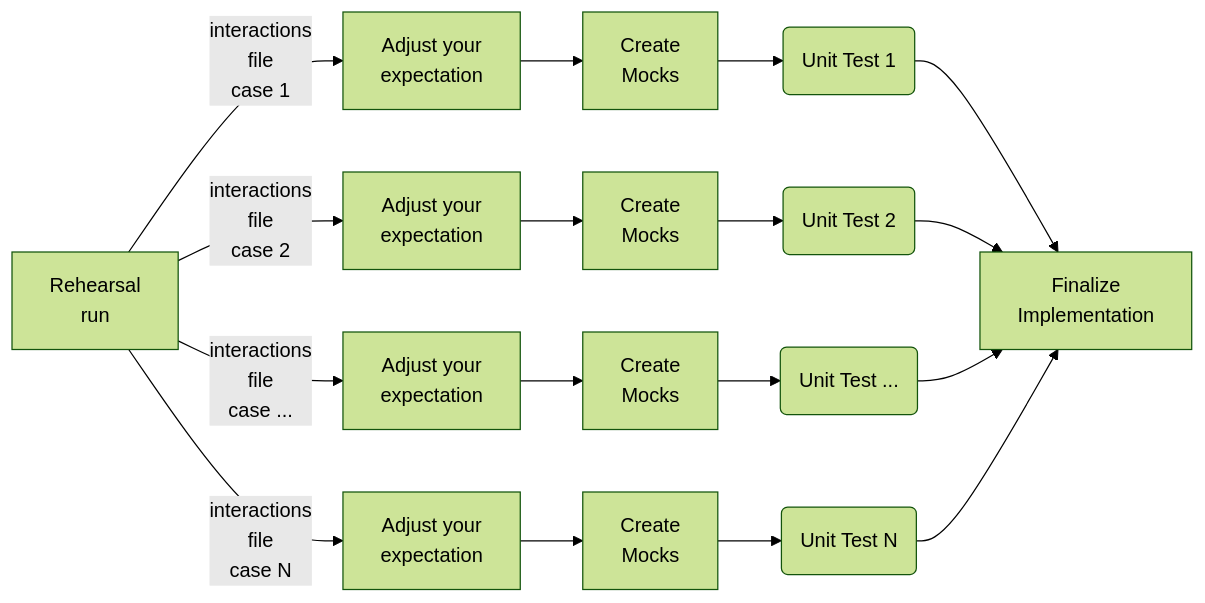
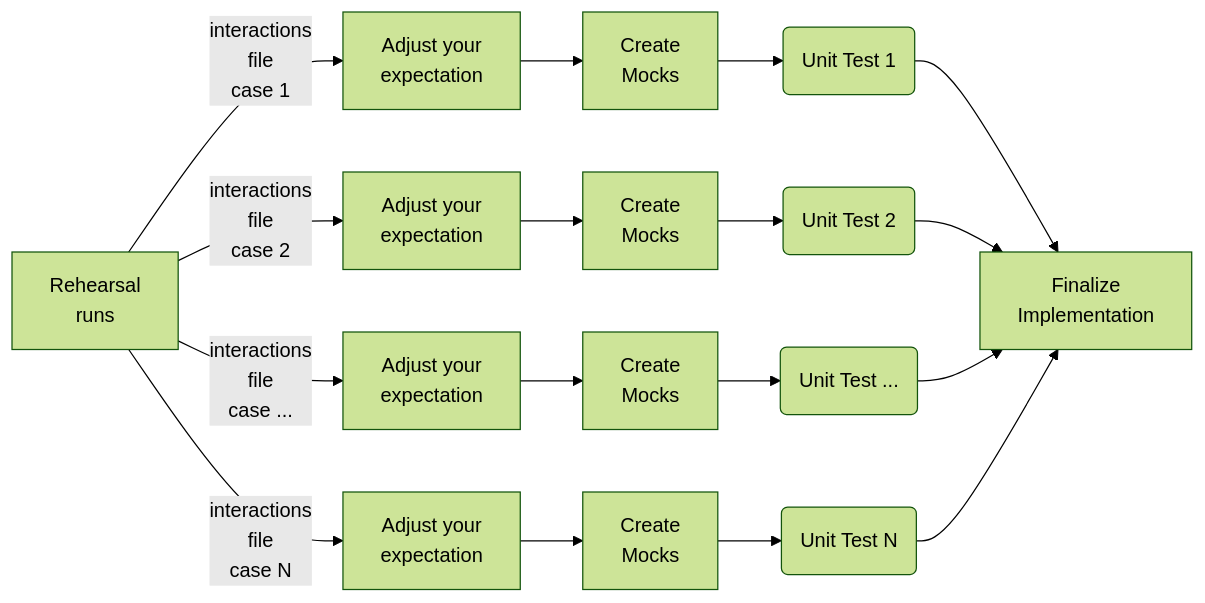
One commit to kevinchwong/rehearser-examples changed the first of 2 diagrams in README.md. Above: the diagram before and after it, drawn with Mermaid (forest theme). The commit also changed other lines of this file, not shown here.

````diff
--- a/README.md
+++ b/README.md
@@ -5,8 +7,8 @@
 ```mermaid
 graph LR
 
-R["Rehearsal<br>run"]--"interactions<br>file<br>case 1"-->A1["Adjust your<br>expectation"]-->C1["Create<br>Mocks"]-->U1("Unit Test 1")-->F["Finalize<br>Implementation"]
-R["Rehearsal<br>run"]--"interactions<br>file<br>case 2"-->A2["Adjust your<br>expectation"]-->C2["Create<br>Mocks"]-->U2("Unit Test 2")-->F["Finalize<br>Implementation"]
-R["Rehearsal<br>run"]--"interactions<br>file<br>case ..."-->A3["Adjust your<br>expectation"]-->C3["Create<br>Mocks"]-->U3("Unit Test ...")-->F["Finalize<br>Implementation"]
-R["Rehearsal<br>run"]--"interactions<br>file<br>case N"-->AN["Adjust your<br>expectation"]-->CN["Create<br>Mocks"]-->UN("Unit Test N")-->F["Finalize<br>Implementation"]
+R["Rehearsal<br>runs"]--"interactions<br>file<br>case 1"-->A1["Adjust your<br>expectation"]-->C1["Create<br>Mocks"]-->U1("Unit Test 1")-->F["Finalize<br>Implementation"]
+R["Rehearsal<br>runs"]--"interactions<br>file<br>case 2"-->A2["Adjust your<br>expectation"]-->C2["Create<br>Mocks"]-->U2("Unit Test 2")-->F["Finalize<br>Implementation"]
+R["Rehearsal<br>runs"]--"interactions<br>file<br>case ..."-->A3["Adjust your<br>expectation"]-->C3["Create<br>Mocks"]-->U3("Unit Test ...")-->F["Finalize<br>Implementation"]
+R["Rehearsal<br>runs"]--"interactions<br>file<br>case N"-->AN["Adjust your<br>expectation"]-->CN["Create<br>Mocks"]-->UN("Unit Test N")-->F["Finalize<br>Implementation"]
 ```
````
